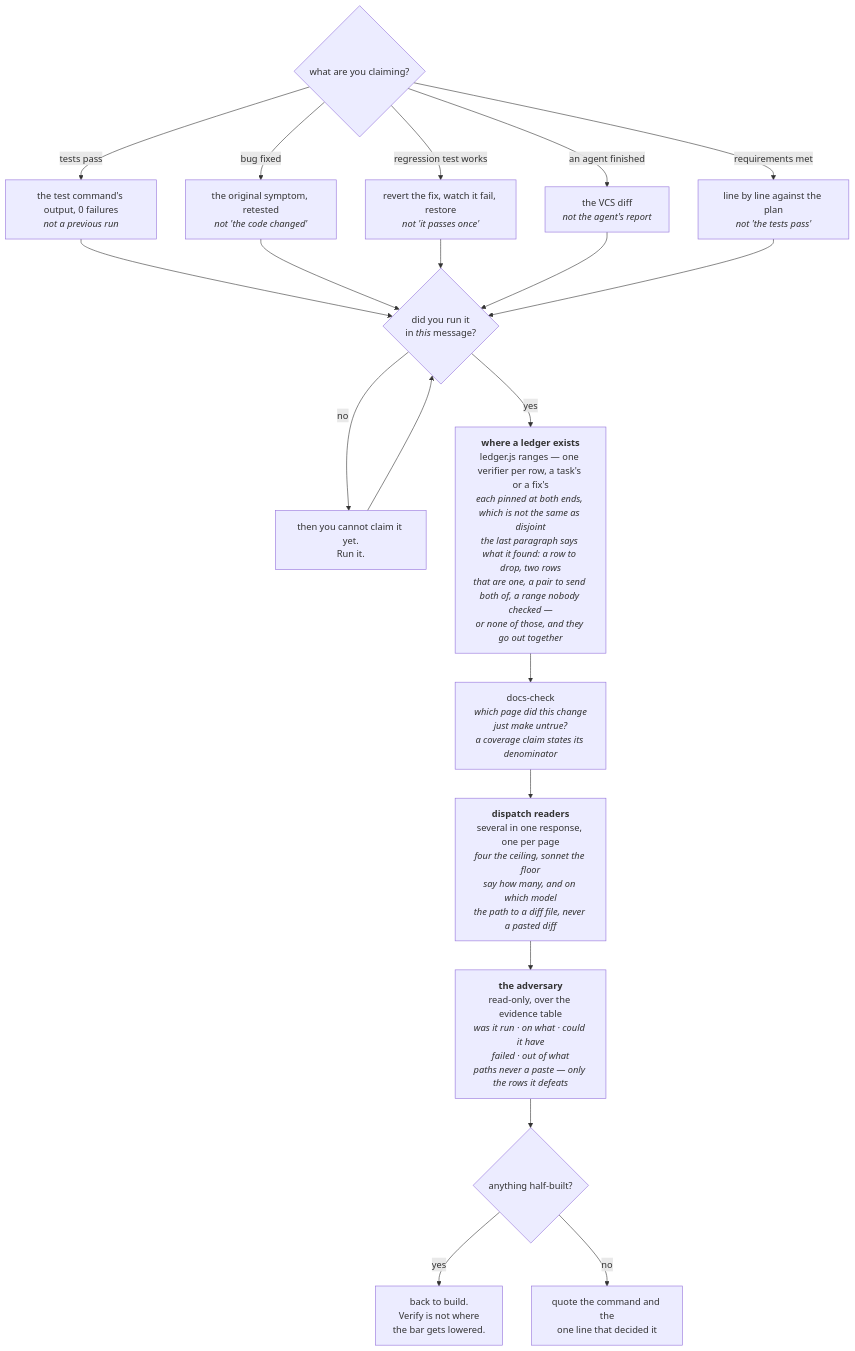
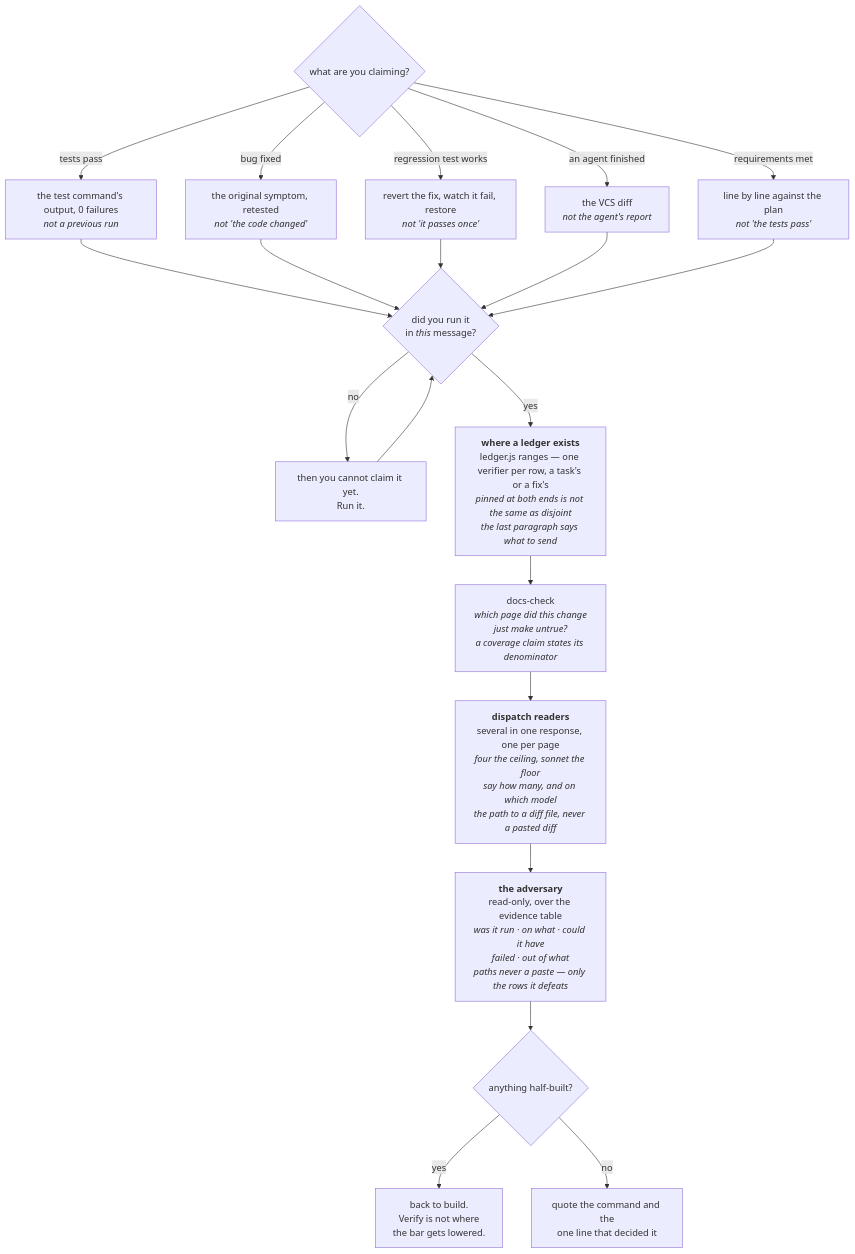
The sixth of 8 diagrams in docs/pipeline.md (FanFantom9452/FanKeel), drawn with Mermaid before and after one commit.

Commit message:
fix: the node points at the paragraph instead of reciting it
- docs/pipeline.md: naming all four shapes made D0 the densest node on the
  diagram, near double its neighbours, and the one a reader has to parse
  rather than skim. A flowchart node says what the step is; the paragraph it
  points at says which shape was found. Now 213 chars and 3 breaks, against
  D1's 222/4 and D2's 206/4.

Claude-Session: https://claude.ai/code/session_01BcqByb1qpjUaoEQG5q3fRg

````diff
--- a/docs/pipeline.md
+++ b/docs/pipeline.md
@@ -557,38 +557,38 @@
 ```mermaid
 flowchart TD
     A{"what are you claiming?"}
     A1["the test command's output, 0 failures<br/><i>not a previous run</i>"]
     A2["the original symptom, retested<br/><i>not 'the code changed'</i>"]
     A3["revert the fix, watch it fail, restore<br/><i>not 'it passes once'</i>"]
     A4["the VCS diff<br/><i>not the agent's report</i>"]
     A5["line by line against the plan<br/><i>not 'the tests pass'</i>"]
     B{"did you run it<br/>in <i>this</i> message?"}
     C["then you cannot claim it yet.<br/>Run it."]
-    D0["<b>where a ledger exists</b><br/>ledger.js ranges — one verifier per row, a task's or a fix's<br/><i>each pinned at both ends, which is not the same as disjoint</i><br/><i>the last paragraph says what it found: a row to drop, two rows</i><br/><i>that are one, a pair to send both of, a range nobody checked —</i><br/><i>or none of those, and they go out together</i>"]
+    D0["<b>where a ledger exists</b><br/>ledger.js ranges — one verifier per row, a task's or a fix's<br/><i>pinned at both ends is not the same as disjoint</i><br/><i>the last paragraph says what to send</i>"]
     D["docs-check<br/><i>which page did this change<br/>just make untrue?</i><br/><i>a coverage claim states its denominator</i>"]
     D1["<b>dispatch readers</b><br/>several in one response, one per page<br/><i>four the ceiling, sonnet the floor</i><br/><i>say how many, and on which model</i><br/><i>the path to a diff file, never a pasted diff</i>"]
     D2["<b>the adversary</b><br/>read-only, over the evidence table<br/><i>was it run · on what · could it have<br/>failed · out of what</i><br/><i>paths never a paste — only the rows it defeats</i>"]
     E{"anything half-built?"}
     F["back to build.<br/>Verify is not where<br/>the bar gets lowered."]
     G["quote the command and the<br/>one line that decided it"]
 
     A -- "tests pass" --> A1
     A -- "bug fixed" --> A2
     A -- "regression test works" --> A3
     A -- "an agent finished" --> A4
     A -- "requirements met" --> A5
     A1 --> B
     A2 --> B
     A3 --> B
     A4 --> B
     A5 --> B
     B -- no --> C
     C --> B
     B -- yes --> D0
     D0 --> D
     D --> D1
     D1 --> D2
     D2 --> E
     E -- yes --> F
     E -- no --> G
 ```
````
